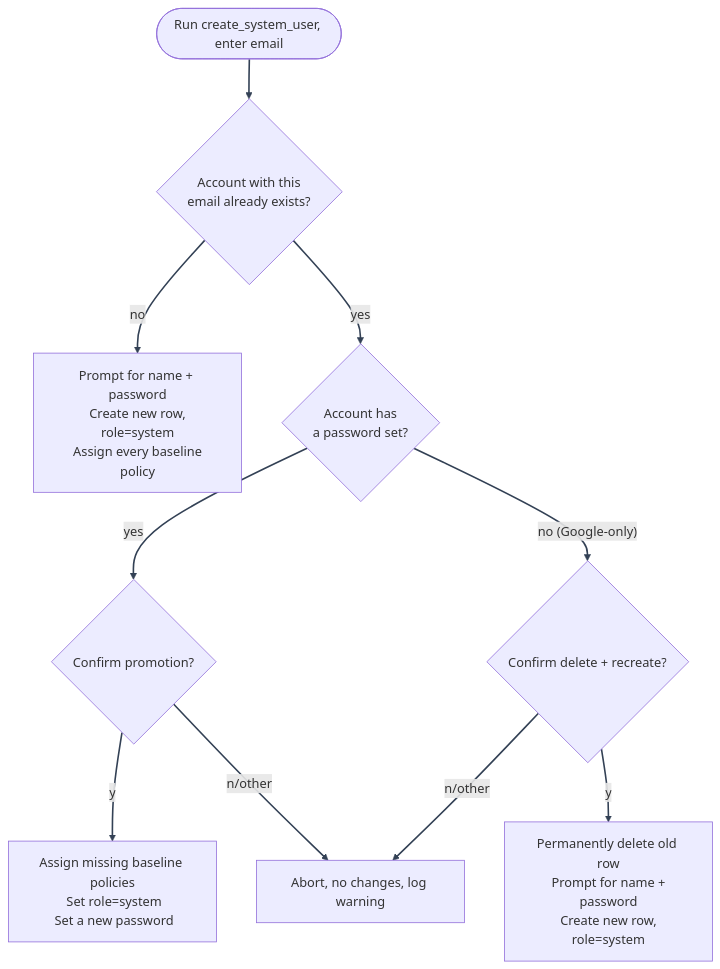
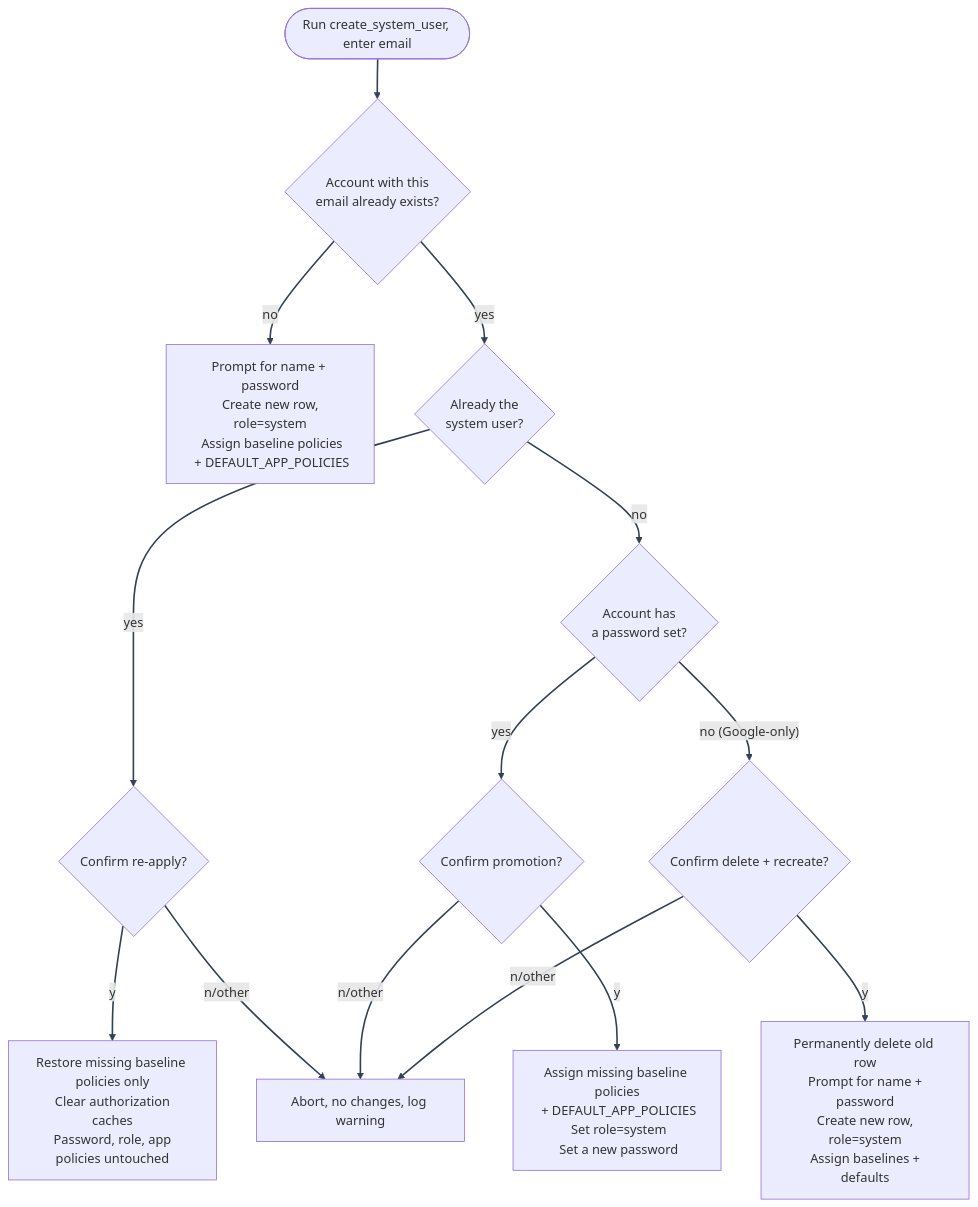
Before and after one commit to Nachiket-2024/mystic-auth: the diagram in docs/mystic_auth/authentication/system-superuser/creation-and-promotion-behavior.md, drawn with Mermaid. The commit also changed other lines of this file and 181 other files, not shown here.

Commit message:
Enabled system-user policy management, updated dependencies and Docker images

````diff
--- a/docs/mystic_auth/authentication/system-superuser/creation-and-promotion-behavior.md
+++ b/docs/mystic_auth/authentication/system-superuser/creation-and-promotion-behavior.md
@@ -20,14 +23,18 @@
 ```mermaid
 %%{init: {"themeVariables": {"lineColor": "#334155"}} }%%
 flowchart TD
     Start(["Run create_system_user, enter email"]) --> Exists{"Account with this\n email already exists?"}
-    Exists -- "no" --> Fresh["Prompt for name + password\n Create new row, role=system\n Assign every baseline policy"]
-    Exists -- "yes" --> HasPw{"Account has\n a password set?"}
+    Exists -- "no" --> Fresh["Prompt for name + password\n Create new row, role=system\n Assign baseline policies\n + DEFAULT_APP_POLICIES"]
+    Exists -- "yes" --> IsSystem{"Already the\n system user?"}
+    IsSystem -- "yes" --> Confirm0{"Confirm re-apply?"}
+    Confirm0 -- "y" --> Restore["Restore missing baseline policies only\n Clear authorization caches\n Password, role, app policies untouched"]
+    Confirm0 -- "n/other" --> Abort
+    IsSystem -- "no" --> HasPw{"Account has\n a password set?"}
     HasPw -- "yes" --> Confirm1{"Confirm promotion?"}
-    Confirm1 -- "y" --> Promote["Assign missing baseline policies\n Set role=system\n Set a new password"]
+    Confirm1 -- "y" --> Promote["Assign missing baseline policies\n + DEFAULT_APP_POLICIES\n Set role=system\n Set a new password"]
     Confirm1 -- "n/other" --> Abort["Abort, no changes, log warning"]
     HasPw -- "no (Google-only)" --> Confirm2{"Confirm delete + recreate?"}
-    Confirm2 -- "y" --> DeleteRecreate["Permanently delete old row\n Prompt for name + password\n Create new row, role=system"]
+    Confirm2 -- "y" --> DeleteRecreate["Permanently delete old row\n Prompt for name + password\n Create new row, role=system\n Assign baselines + defaults"]
     Confirm2 -- "n/other" --> Abort
     linkStyle default stroke:#334155,stroke-width:2px
 ```
````
